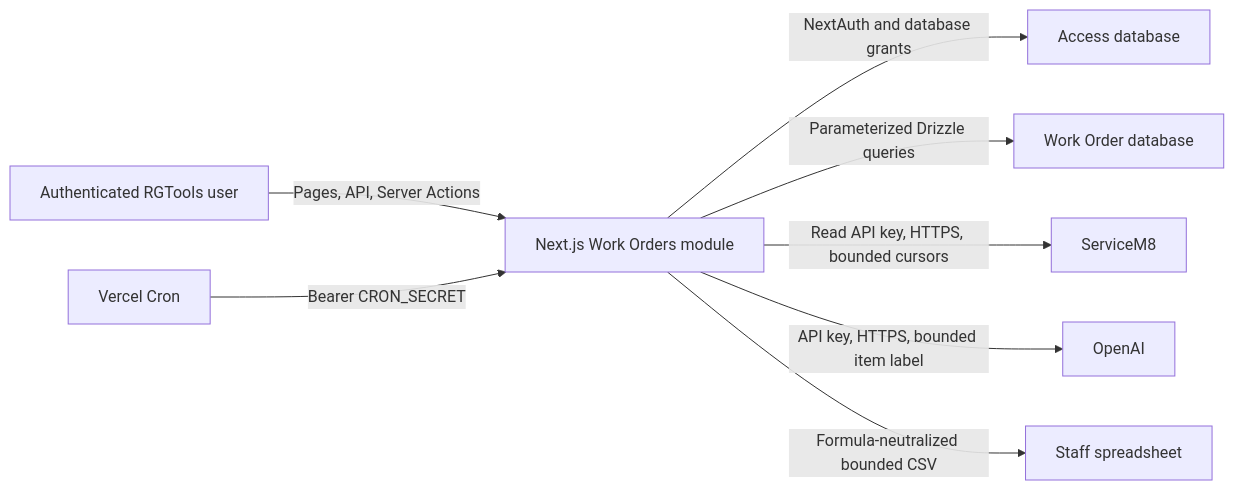
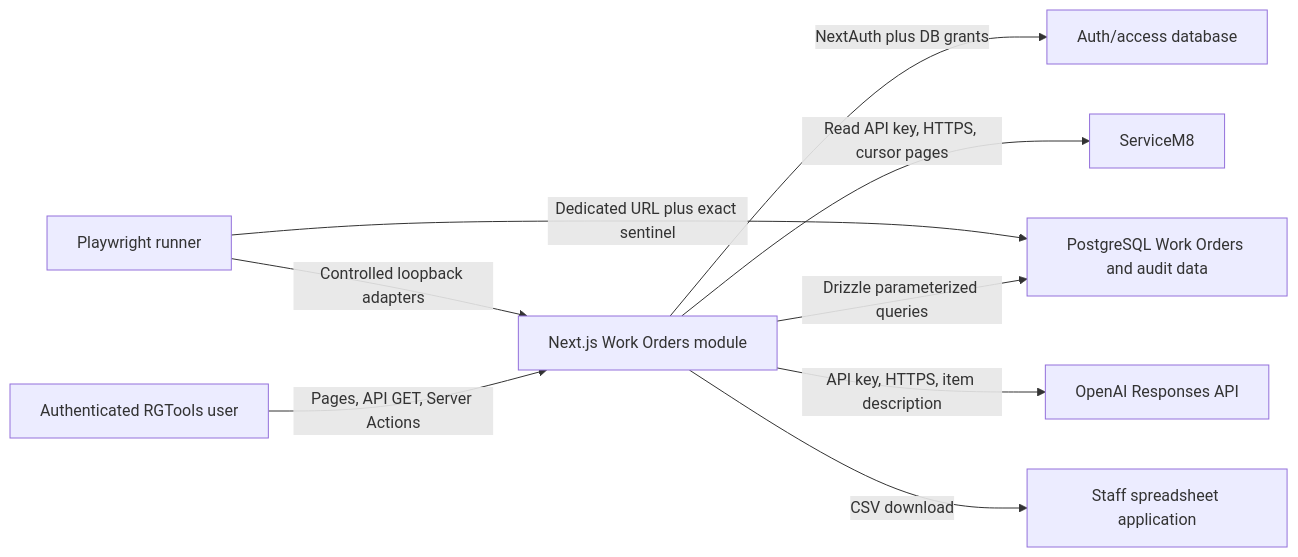
The diagram in famiglia/mt-192-workorder-changes/security/threat-model.md (royalglass23/rgtools), drawn with Mermaid before and after one commit. The commit also changed other lines of this file and 245 other files, not shown here.

````diff
--- a/famiglia/mt-192-workorder-changes/security/threat-model.md
+++ b/famiglia/mt-192-workorder-changes/security/threat-model.md
@@ -9,10 +8,11 @@
 ```mermaid
 flowchart LR
-  U["Authenticated RGTools user"] -->|"Pages, API, Server Actions"| N["Next.js Work Orders module"]
-  N -->|"NextAuth and database grants"| A["Access database"]
-  N -->|"Parameterized Drizzle queries"| D["Work Order database"]
-  N -->|"Read API key, HTTPS, bounded cursors"| S["ServiceM8"]
-  N -->|"API key, HTTPS, bounded item label"| O["OpenAI"]
-  N -->|"Formula-neutralized bounded CSV"| C["Staff spreadsheet"]
-  V["Vercel Cron"] -->|"Bearer CRON_SECRET"| N
+  U["Authenticated RGTools user"] -->|Pages, API GET, Server Actions| N["Next.js Work Orders module"]
+  N -->|NextAuth plus DB grants| A["Auth/access database"]
+  N -->|Drizzle parameterized queries| D["PostgreSQL Work Orders and audit data"]
+  N -->|Read API key, HTTPS, cursor pages| S["ServiceM8"]
+  N -->|API key, HTTPS, item description| O["OpenAI Responses API"]
+  N -->|CSV download| C["Staff spreadsheet application"]
+  T["Playwright runner"] -->|Dedicated URL plus exact sentinel| D
+  T -->|Controlled loopback adapters| N
 ```
````
